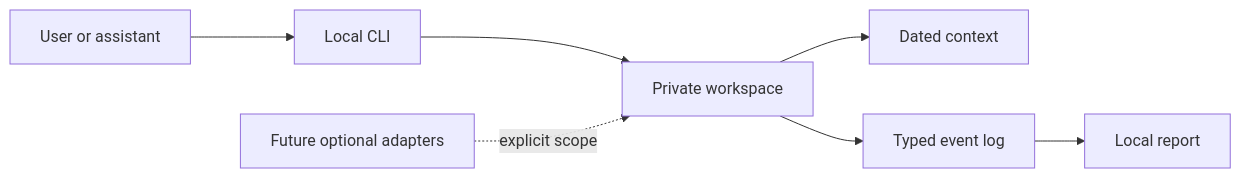
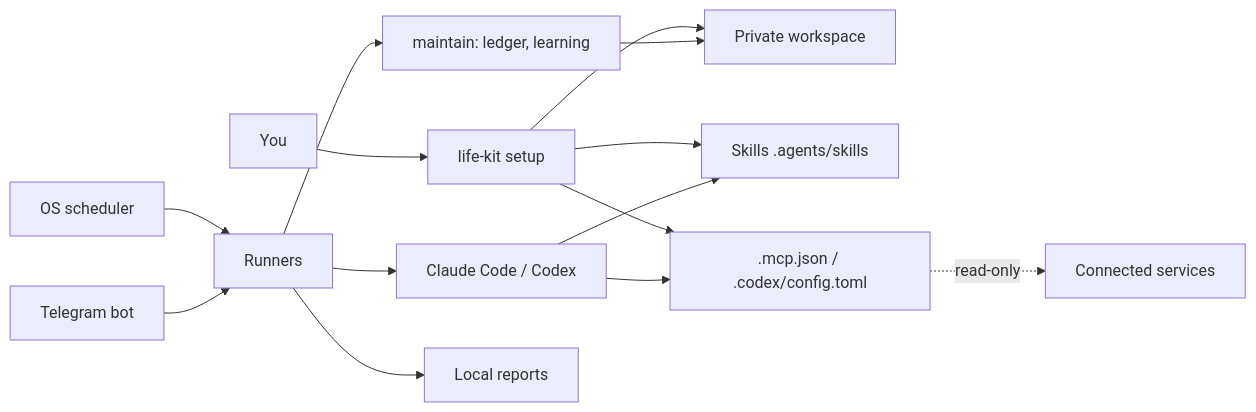
One commit to keshavsaini0311/life-kit changed the diagram in docs/architecture.md. Above: the diagram before and after it, drawn with Mermaid. The commit also changed other lines of this file and 16 other files, not shown here.

````diff
--- a/docs/architecture.md
+++ b/docs/architecture.md
@@ -5,9 +5,16 @@
 ```mermaid
 flowchart LR
-  A[User or assistant] --> B[Local CLI]
-  B --> C[Private workspace]
-  C --> D[Dated context]
-  C --> E[Typed event log]
-  E --> F[Local report]
-  G[Future optional adapters] -. explicit scope .-> C
+  U[You] --> W[life-kit setup]
+  W --> C[Private workspace]
+  W --> S[Skills .agents/skills]
+  W --> M[.mcp.json / .codex/config.toml]
+  A[Claude Code / Codex] --> S
+  A --> M
+  M -. read-only .-> X[Connected services]
+  O[OS scheduler] --> R[Runners]
+  R --> A
+  R --> L[maintain: ledger, learning]
+  L --> C
+  T[Telegram bot] --> R
+  R --> P[Local reports]
 ```
````
